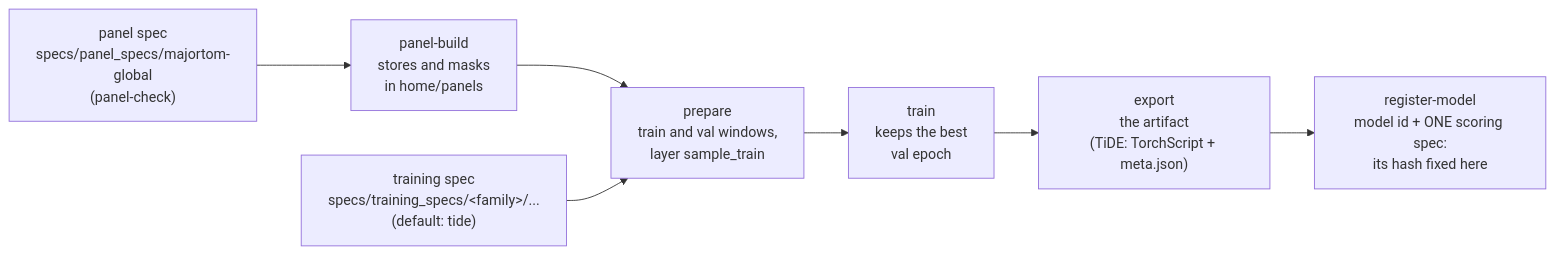
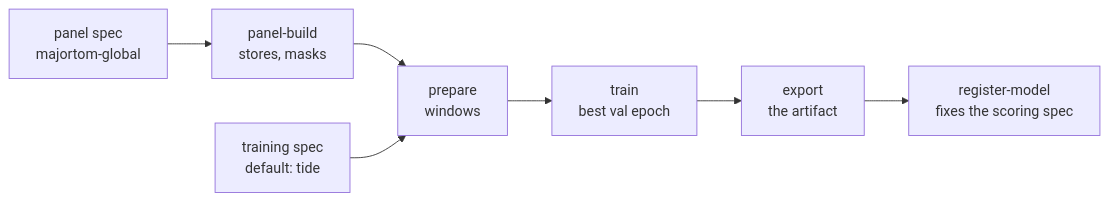
One commit to conflict-ecology/ponzi-suite changed the third of 5 diagrams in docs/method/workflows.md. Above: the diagram before and after it, drawn with Mermaid. The commit also changed other lines of this file and 77 other files, not shown here.

````diff
--- a/docs/method/workflows.md
+++ b/docs/method/workflows.md
@@ -167,9 +156,9 @@
 ```mermaid
 flowchart LR
-  def["panel spec<br/>specs/panel_specs/majortom-global<br/>(panel-check)"] --> build["panel-build<br/>stores and masks<br/>in home/panels"]
-  build --> prep["prepare<br/>train and val windows,<br/>layer sample_train"]
-  spec["training spec<br/>specs/training_specs/&lt;family&gt;/...<br/>(default: tide)"] --> prep
-  prep --> train["train<br/>keeps the best<br/>val epoch"]
-  train --> export["export<br/>the artifact<br/>(TiDE: TorchScript + meta.json)"]
-  export --> reg["register-model<br/>model id + ONE scoring spec:<br/>its hash fixed here"]
+  def["panel spec<br/>majortom-global"] --> build["panel-build<br/>stores, masks"]
+  build --> prep["prepare<br/>windows"]
+  spec["training spec<br/>default: tide"] --> prep
+  prep --> train["train<br/>best val epoch"]
+  train --> export["export<br/>the artifact"]
+  export --> reg["register-model<br/>fixes the scoring spec"]
 ```
````
